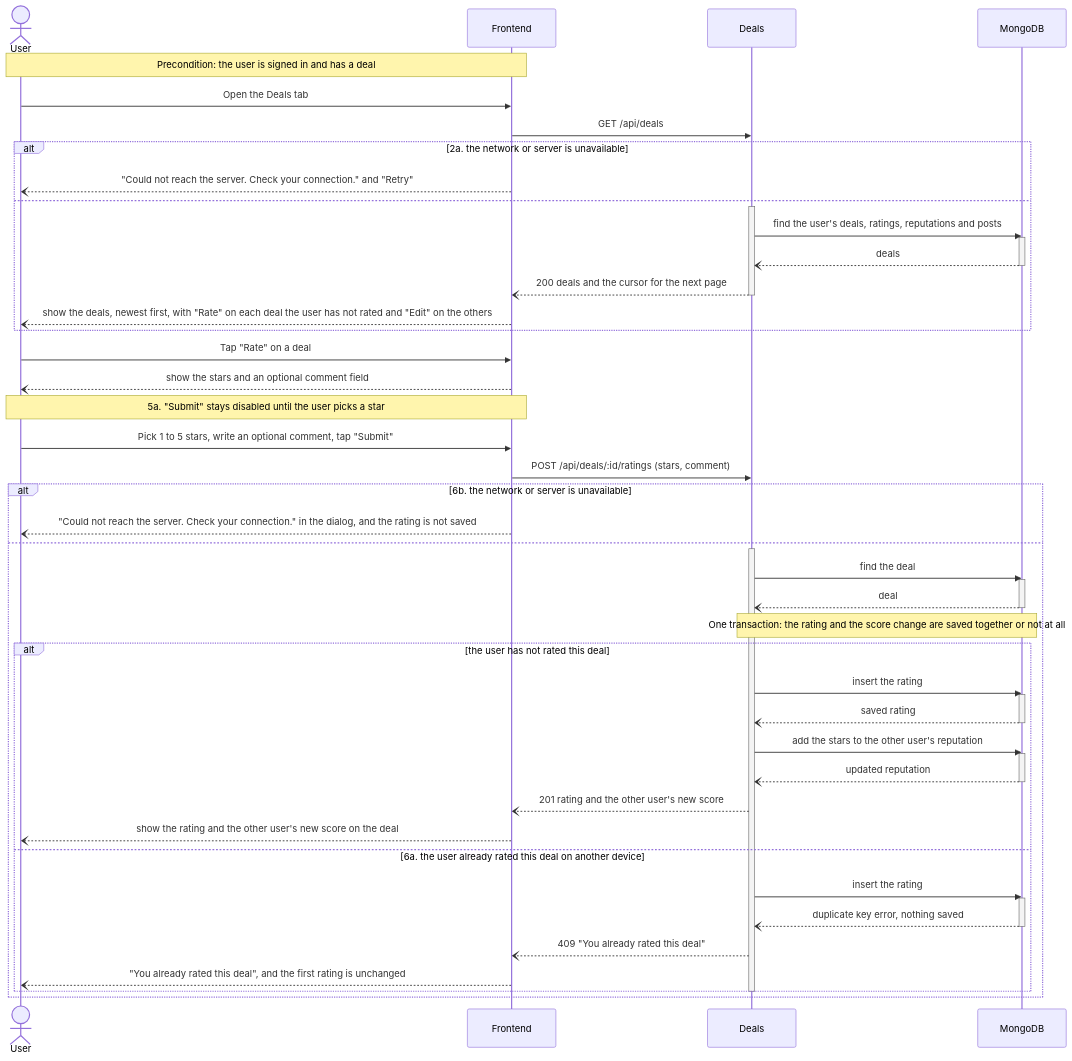
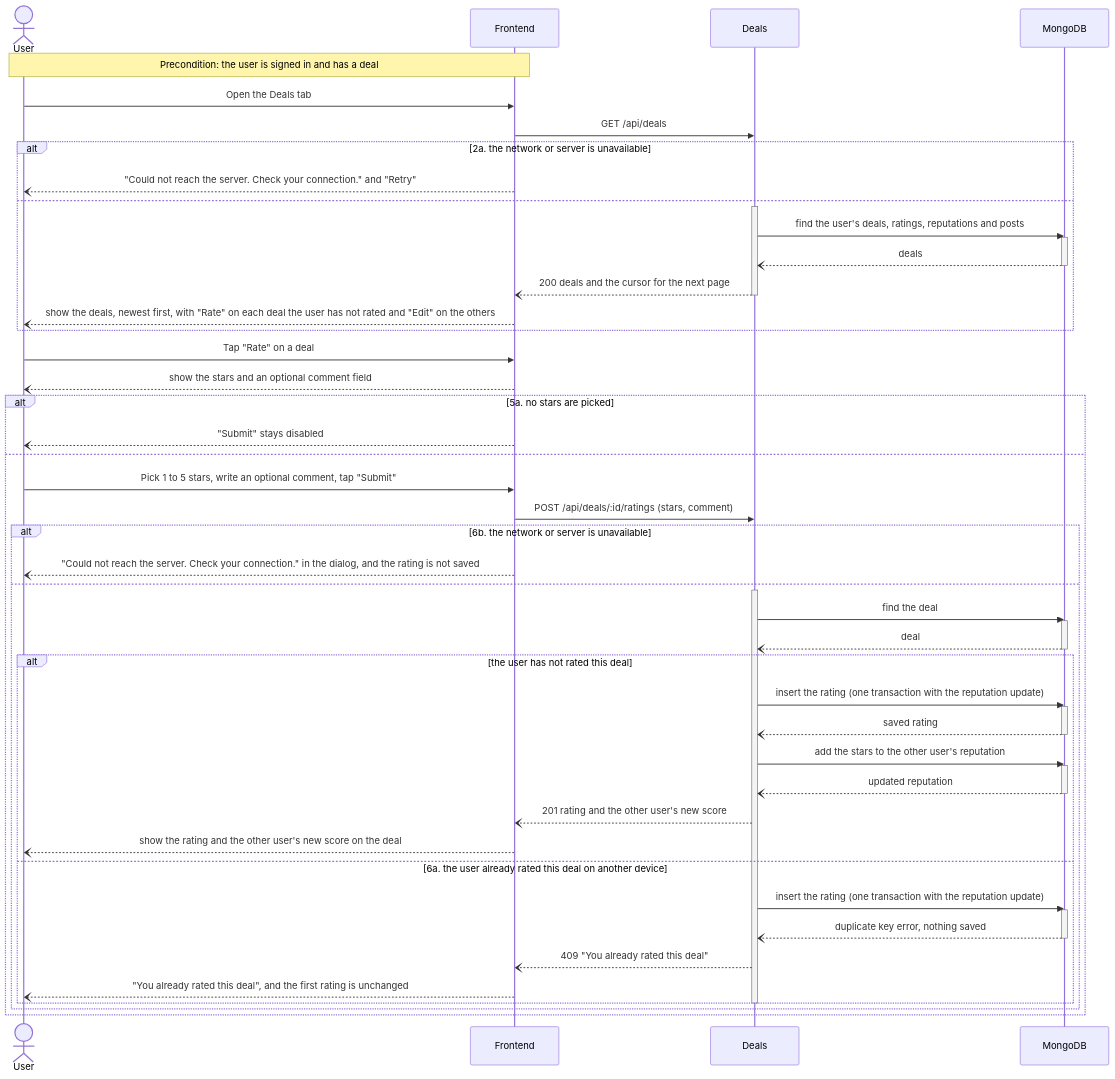
The third of 6 diagrams in documentation/Requirements_and_Design.md (m1lun/MatchMarket), drawn with Mermaid before and after one commit. The commit also changed other lines of this file, not shown here.

Commit message:
docs: show the on-screen failures as branches instead of notes

````diff
--- a/documentation/Requirements_and_Design.md
+++ b/documentation/Requirements_and_Design.md
@@ -547,57 +547,59 @@
 ```mermaid
 sequenceDiagram
     actor U as User
     participant FE as Frontend
     participant D as Deals
     participant DB as MongoDB
     Note over U,FE: Precondition: the user is signed in and has a deal
     U->>FE: Open the Deals tab
     FE->>D: GET /api/deals
     alt 2a. the network or server is unavailable
         FE--)U: "Could not reach the server. Check your connection." and "Retry"
     else
         activate D
         D->>DB: find the user's deals, ratings, reputations and posts
         activate DB
         DB--)D: deals
         deactivate DB
         D--)FE: 200 deals and the cursor for the next page
         deactivate D
         FE--)U: show the deals, newest first, with "Rate" on each deal the user has not rated and "Edit" on the others
     end
     U->>FE: Tap "Rate" on a deal
     FE--)U: show the stars and an optional comment field
-    Note over U,FE: 5a. "Submit" stays disabled until the user picks a star
-    U->>FE: Pick 1 to 5 stars, write an optional comment, tap "Submit"
-    FE->>D: POST /api/deals/:id/ratings (stars, comment)
-    alt 6b. the network or server is unavailable
-        FE--)U: "Could not reach the server. Check your connection." in the dialog, and the rating is not saved
+    alt 5a. no stars are picked
+        FE--)U: "Submit" stays disabled
     else
-        activate D
-        D->>DB: find the deal
-        activate DB
-        DB--)D: deal
-        deactivate DB
-        Note over D,DB: One transaction: the rating and the score change are saved together or not at all
-        alt the user has not rated this deal
-            D->>DB: insert the rating
+        U->>FE: Pick 1 to 5 stars, write an optional comment, tap "Submit"
+        FE->>D: POST /api/deals/:id/ratings (stars, comment)
+        alt 6b. the network or server is unavailable
+            FE--)U: "Could not reach the server. Check your connection." in the dialog, and the rating is not saved
+        else
+            activate D
+            D->>DB: find the deal
             activate DB
-            DB--)D: saved rating
+            DB--)D: deal
             deactivate DB
-            D->>DB: add the stars to the other user's reputation
-            activate DB
-            DB--)D: updated reputation
-            deactivate DB
-            D--)FE: 201 rating and the other user's new score
-            FE--)U: show the rating and the other user's new score on the deal
-        else 6a. the user already rated this deal on another device
-            D->>DB: insert the rating
-            activate DB
-            DB--)D: duplicate key error, nothing saved
-            deactivate DB
-            D--)FE: 409 "You already rated this deal"
-            FE--)U: "You already rated this deal", and the first rating is unchanged
+            alt the user has not rated this deal
+                D->>DB: insert the rating (one transaction with the reputation update)
+                activate DB
+                DB--)D: saved rating
+                deactivate DB
+                D->>DB: add the stars to the other user's reputation
+                activate DB
+                DB--)D: updated reputation
+                deactivate DB
+                D--)FE: 201 rating and the other user's new score
+                FE--)U: show the rating and the other user's new score on the deal
+            else 6a. the user already rated this deal on another device
+                D->>DB: insert the rating (one transaction with the reputation update)
+                activate DB
+                DB--)D: duplicate key error, nothing saved
+                deactivate DB
+                D--)FE: 409 "You already rated this deal"
+                FE--)U: "You already rated this deal", and the first rating is unchanged
+            end
+            deactivate D
         end
-        deactivate D
     end
 ```
````
